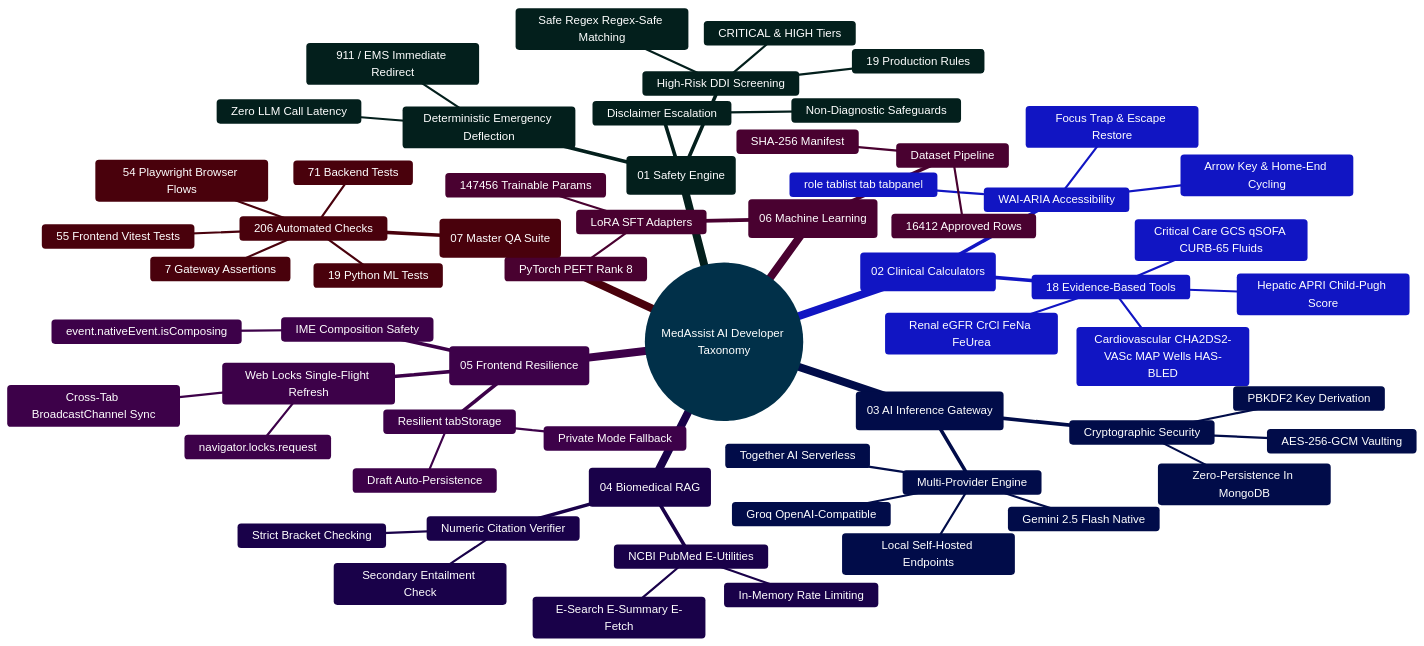
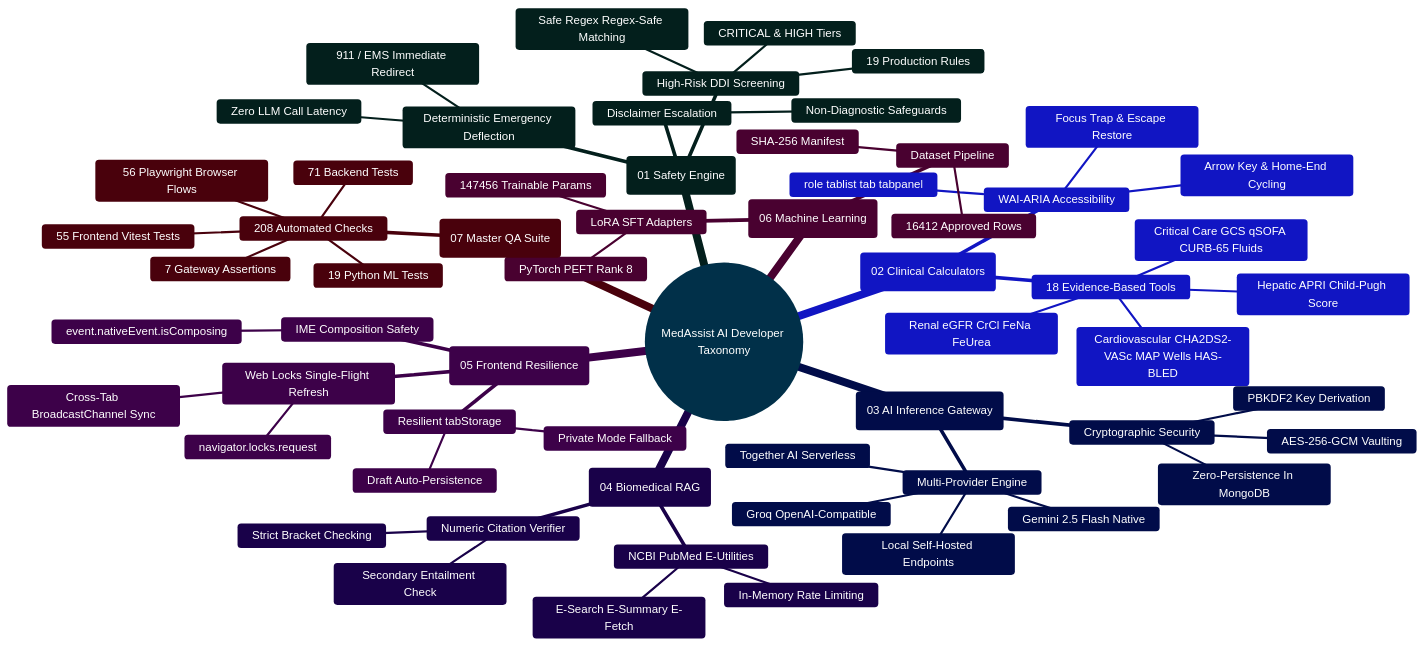
Before and after one commit to Ganesh172919/React-App-LLM: the diagram in docs/DEVELOPER_EXTENSION_AND_ONBOARDING_GUIDE.md, drawn with Mermaid. The commit also changed other lines of this file and 70 other files, not shown here.

````diff
--- a/docs/DEVELOPER_EXTENSION_AND_ONBOARDING_GUIDE.md
+++ b/docs/DEVELOPER_EXTENSION_AND_ONBOARDING_GUIDE.md
@@ -22,73 +22,73 @@
 ```mermaid
 %%{init: {'theme': 'base', 'themeVariables': { 'primaryColor': '#0284c7', 'primaryTextColor': '#ffffff', 'primaryBorderColor': '#0369a1', 'lineColor': '#0284c7', 'secondaryColor': '#0d9488', 'tertiaryColor': '#6366f1' }}}%%
 mindmap
   root((MedAssist AI Developer Taxonomy))
     ::icon(fa fa-code-branch)
     (01 Safety Engine)
       ::icon(fa fa-shield-virus)
       High-Risk DDI Screening
         19 Production Rules
         Safe Regex Regex-Safe Matching
         CRITICAL & HIGH Tiers
       Deterministic Emergency Deflection
         911 / EMS Immediate Redirect
         Zero LLM Call Latency
       Disclaimer Escalation
         Non-Diagnostic Safeguards
     (02 Clinical Calculators)
       ::icon(fa fa-calculator)
       18 Evidence-Based Tools
         Renal eGFR CrCl FeNa FeUrea
         Cardiovascular CHA2DS2-VASc MAP Wells HAS-BLED
         Critical Care GCS qSOFA CURB-65 Fluids
         Hepatic APRI Child-Pugh Score
       WAI-ARIA Accessibility
         role tablist tab tabpanel
         Arrow Key & Home-End Cycling
         Focus Trap & Escape Restore
     (03 AI Inference Gateway)
       ::icon(fa fa-brain)
       Multi-Provider Engine
         Gemini 2.5 Flash Native
         Groq OpenAI-Compatible
         Together AI Serverless
         Local Self-Hosted Endpoints
       Cryptographic Security
         AES-256-GCM Vaulting
         PBKDF2 Key Derivation
         Zero-Persistence In MongoDB
     (04 Biomedical RAG)
       ::icon(fa fa-book-medical)
       NCBI PubMed E-Utilities
         E-Search E-Summary E-Fetch
         In-Memory Rate Limiting
       Numeric Citation Verifier
         Strict Bracket Checking
         Secondary Entailment Check
     (05 Frontend Resilience)
       ::icon(fa fa-desktop)
       Web Locks Single-Flight Refresh
         navigator.locks.request
         Cross-Tab BroadcastChannel Sync
       Resilient tabStorage
         Private Mode Fallback
         Draft Auto-Persistence
       IME Composition Safety
         event.nativeEvent.isComposing
     (06 Machine Learning)
       ::icon(fa fa-dna)
       Dataset Pipeline
         16412 Approved Rows
         SHA-256 Manifest
       LoRA SFT Adapters
         147456 Trainable Params
         PyTorch PEFT Rank 8
     (07 Master QA Suite)
       ::icon(fa fa-check-double)
-      206 Automated Checks
+      208 Automated Checks
         71 Backend Tests
         55 Frontend Vitest Tests
         19 Python ML Tests
         7 Gateway Assertions
-        54 Playwright Browser Flows
+        56 Playwright Browser Flows
 ```
````
